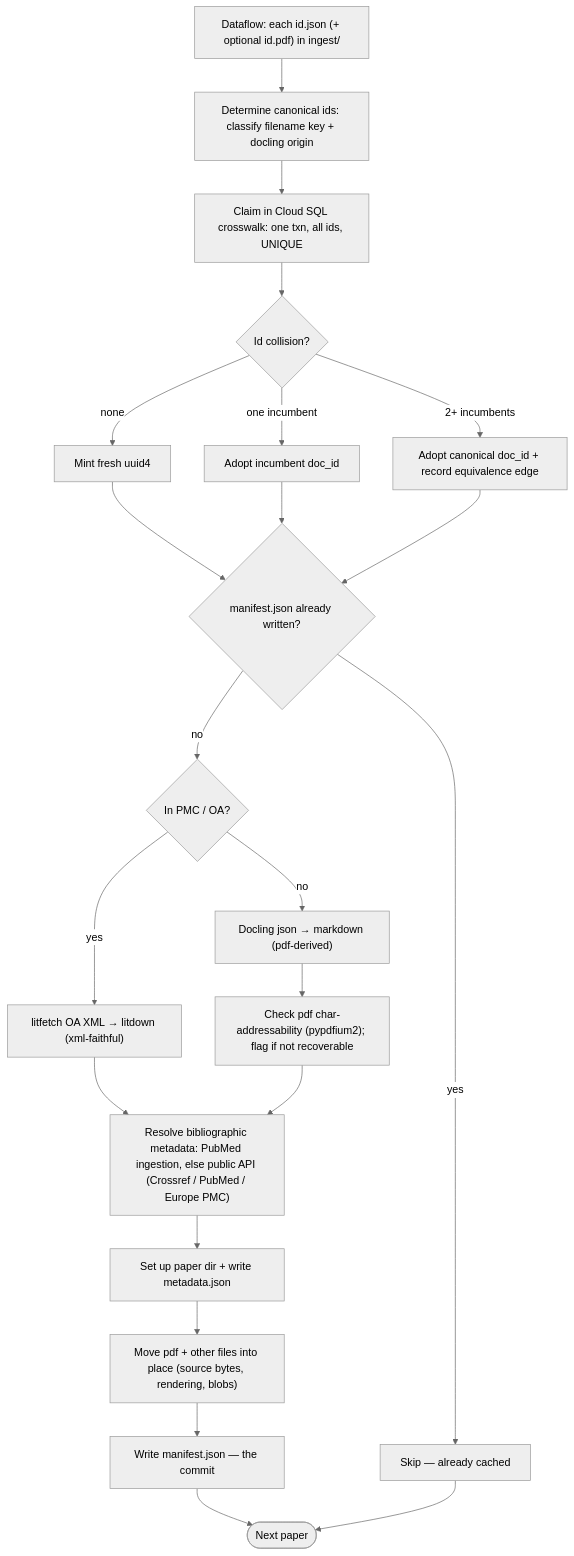
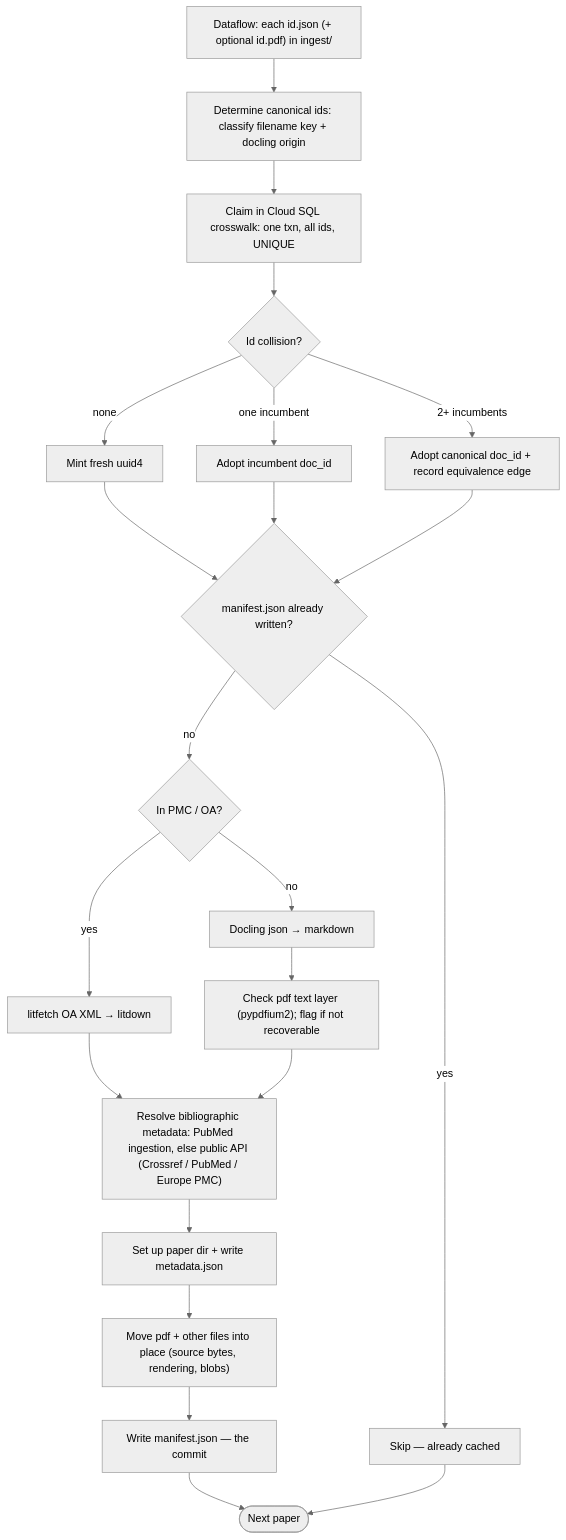
The diagram in docs/plans/literature-cache.md (populationgenomics/themis), drawn with Mermaid (neutral theme) before and after one commit. The commit also changed other lines of this file and 2 other files, not shown here.

````diff
--- a/docs/plans/literature-cache.md
+++ b/docs/plans/literature-cache.md
@@ -322,24 +324,24 @@
 ```mermaid
 flowchart TD
   A["Dataflow: each id.json (+ optional id.pdf) in ingest/"] --> B["Determine canonical ids: classify filename key + docling origin"]
   B --> C["Claim in Cloud SQL crosswalk: one txn, all ids, UNIQUE"]
   C --> D{"Id collision?"}
   D -- none --> E["Mint fresh uuid4"]
   D -- "one incumbent" --> F["Adopt incumbent doc_id"]
   D -- "2+ incumbents" --> G["Adopt canonical doc_id + record equivalence edge"]
   E --> H{"manifest.json already written?"}
   F --> H
   G --> H
   H -- yes --> Z["Skip — already cached"]
   H -- no --> I{"In PMC / OA?"}
-  I -- yes --> J["litfetch OA XML → litdown (xml-faithful)"]
-  I -- no --> K["Docling json → markdown (pdf-derived)"]
-  K --> K2["Check pdf char-addressability (pypdfium2); flag if not recoverable"]
+  I -- yes --> J["litfetch OA XML → litdown"]
+  I -- no --> K["Docling json → markdown"]
+  K --> K2["Check pdf text layer (pypdfium2); flag if not recoverable"]
   J --> L["Resolve bibliographic metadata: PubMed ingestion, else public API (Crossref / PubMed / Europe PMC)"]
   K2 --> L
   L --> M["Set up paper dir + write metadata.json"]
   M --> N["Move pdf + other files into place (source bytes, rendering, blobs)"]
   N --> O["Write manifest.json — the commit"]
   O --> P(["Next paper"])
   Z --> P
 ```
````
